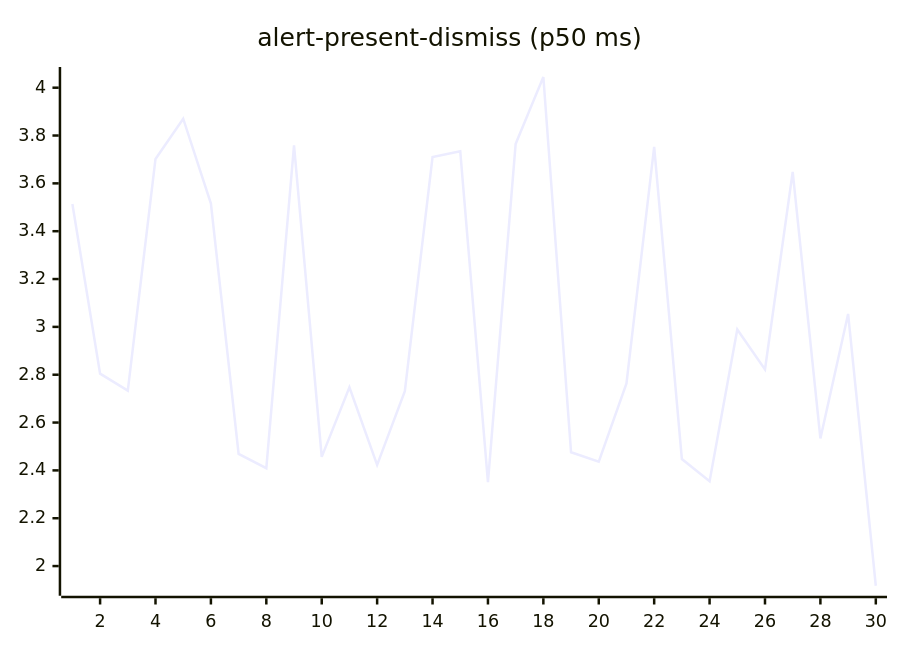
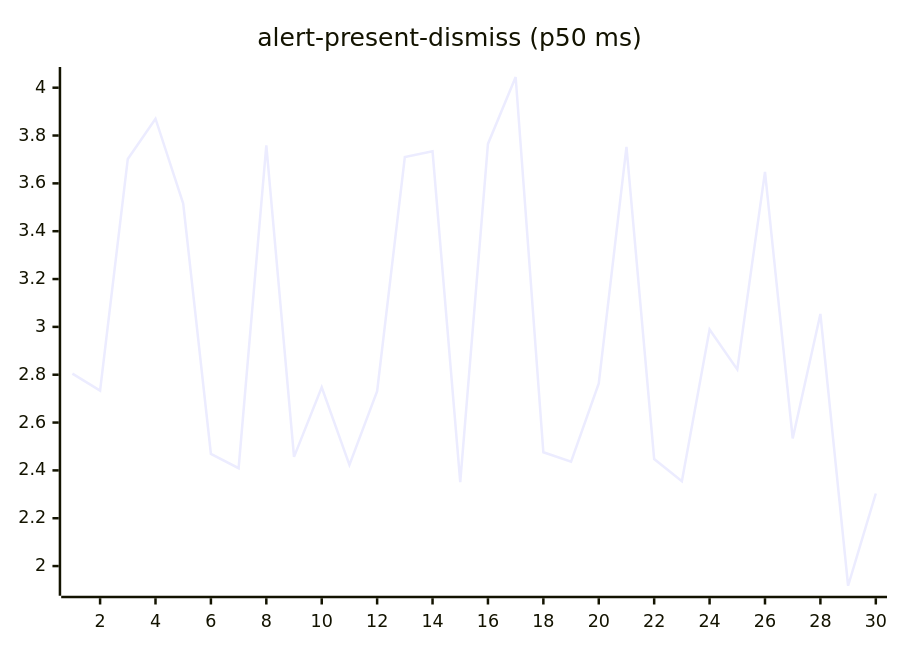
One commit to josha/Facet changed the second of 27 diagrams in README.md. Above: the diagram before and after it, drawn with Mermaid. The commit also changed other lines of this file and 2 other files, not shown here.

````diff
--- a/README.md
+++ b/README.md
@@ -70,6 +70,6 @@
 ```mermaid
 xychart-beta
     title "alert-present-dismiss (p50 ms)"
     x-axis 1 --> 30
-    line [3.5136, 2.8044, 2.7337, 3.7022, 3.8703, 3.5157, 2.4688, 2.4093, 3.7592, 2.4564, 2.7475, 2.4232, 2.7312, 3.7096, 3.7340, 2.3506, 3.7650, 4.0447, 2.4759, 2.4363, 2.7635, 3.7527, 2.4474, 2.3546, 2.9892, 2.8222, 3.6482, 2.5337, 3.0542, 1.9177]
+    line [2.8044, 2.7337, 3.7022, 3.8703, 3.5157, 2.4688, 2.4093, 3.7592, 2.4564, 2.7475, 2.4232, 2.7312, 3.7096, 3.7340, 2.3506, 3.7650, 4.0447, 2.4759, 2.4363, 2.7635, 3.7527, 2.4474, 2.3546, 2.9892, 2.8222, 3.6482, 2.5337, 3.0542, 1.9177, 2.3034]
 ```
````
